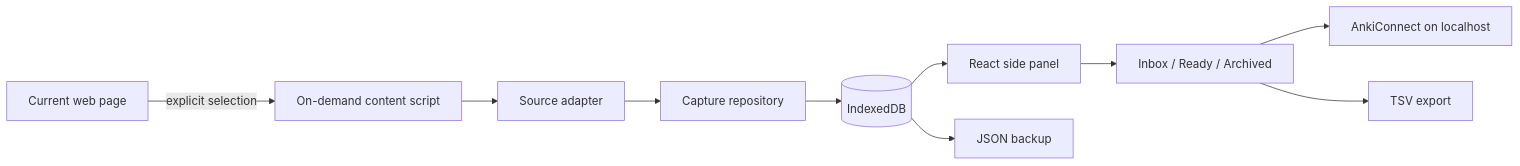
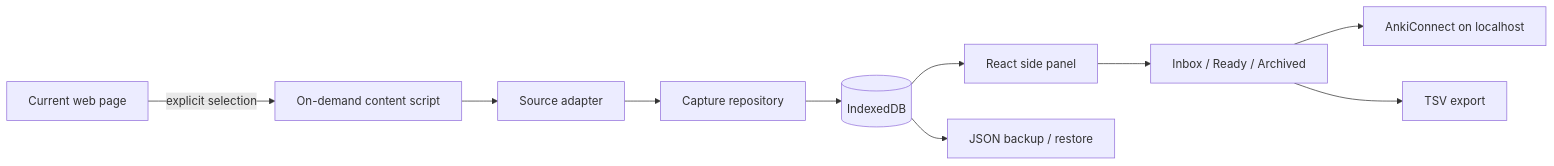
One commit to Iskanderrus/anki-cards-collector changed the diagram in README.md. Above: the diagram before and after it, drawn with Mermaid. The commit also changed other lines of this file and 8 other files, not shown here.

Commit message:
feat: restore local corpus from JSON backup

````diff
--- a/README.md
+++ b/README.md
@@ -49,12 +50,12 @@
 ```mermaid
 flowchart LR
     Page[Current web page] -->|explicit selection| Injected[On-demand content script]
     Injected --> Adapter[Source adapter]
     Adapter --> Repo[Capture repository]
     Repo --> DB[(IndexedDB)]
     DB --> Panel[React side panel]
     Panel --> Review[Inbox / Ready / Archived]
     Review --> Anki[AnkiConnect on localhost]
     Review --> TSV[TSV export]
-    DB --> Backup[JSON backup]
+    DB --> Backup[JSON backup / restore]
 ```
````
